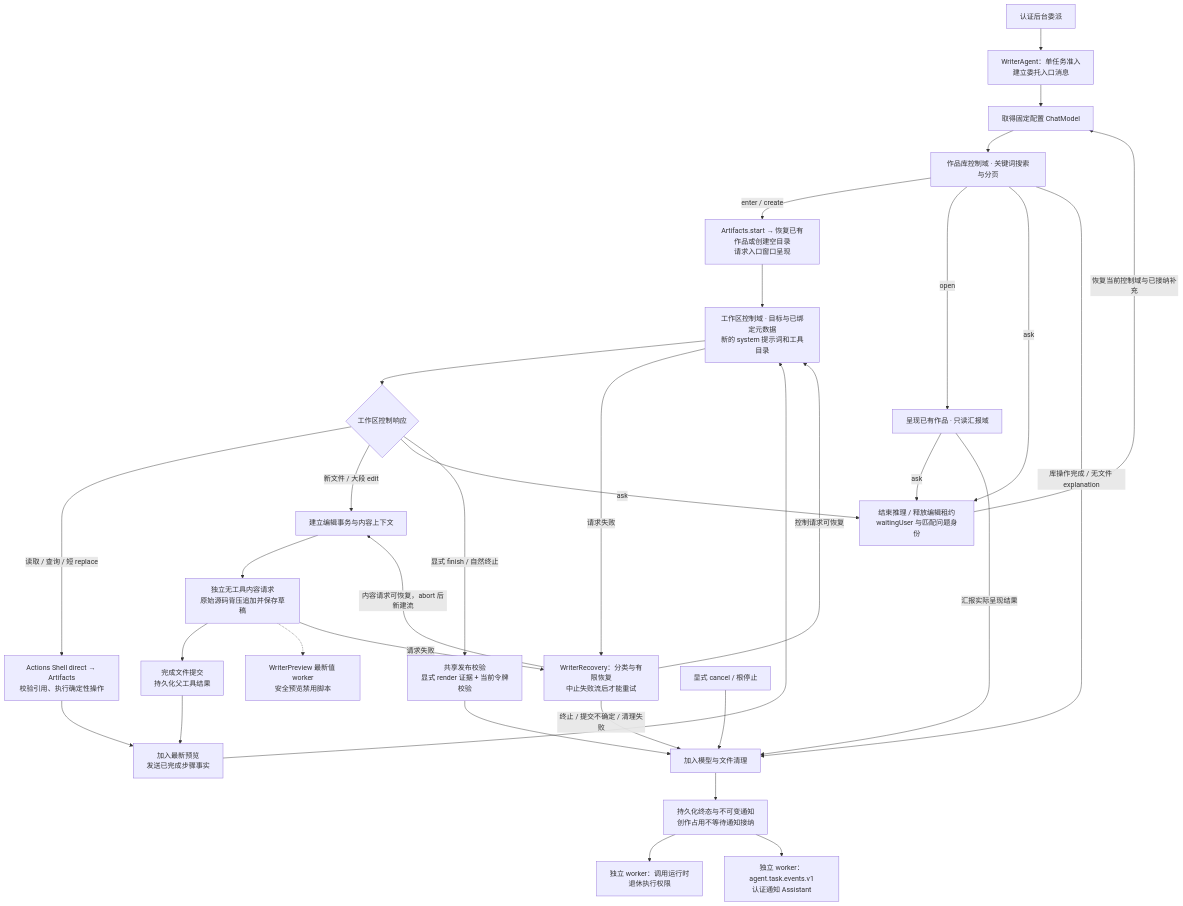
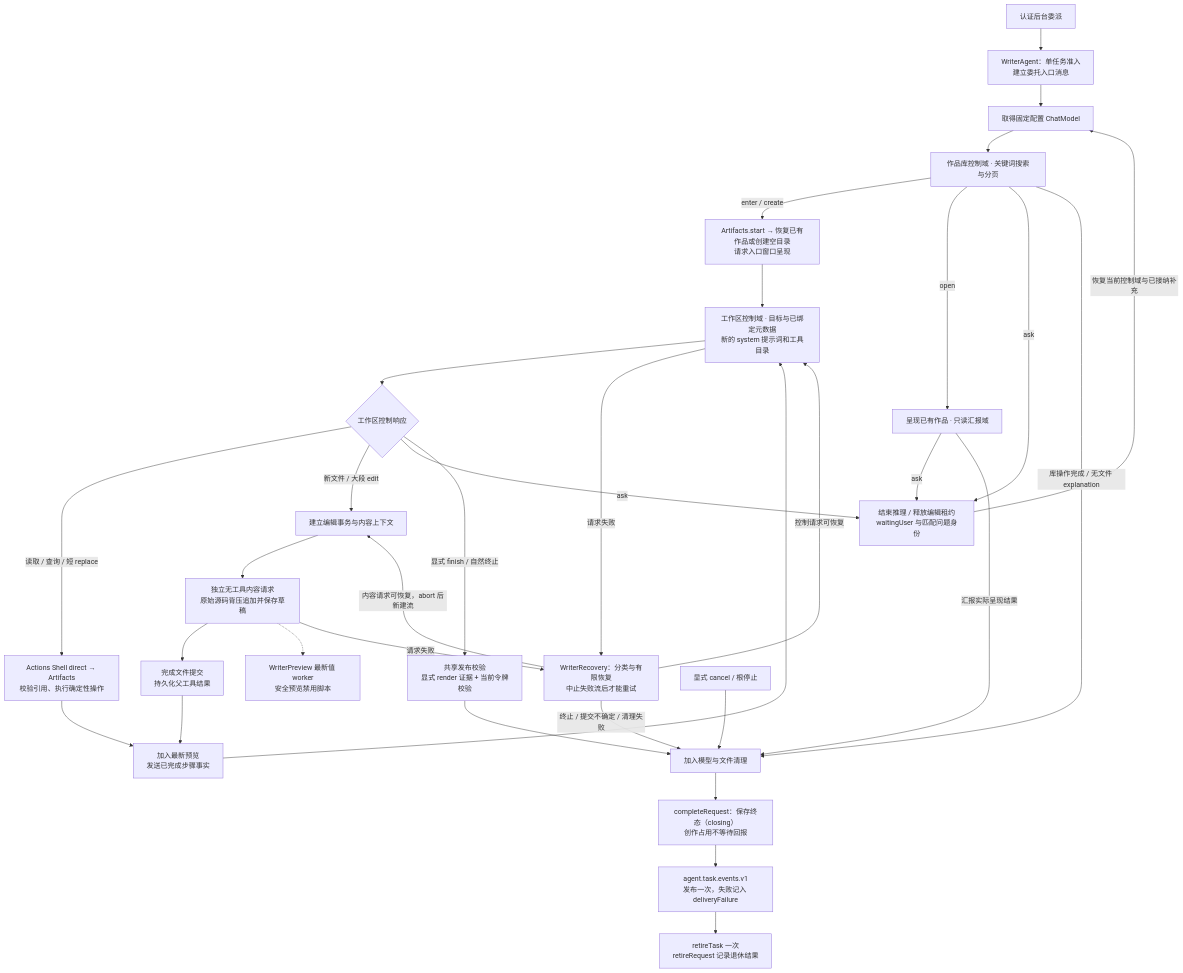
Before and after one commit to devilyouwei/MobileHarness: the diagram in MobileHarness/Agents/Writer/README.md, drawn with Mermaid. The commit also changed other lines of this file and 164 other files, not shown here.

````diff
--- a/MobileHarness/Agents/Writer/README.md
+++ b/MobileHarness/Agents/Writer/README.md
@@ -21,35 +21,35 @@
 ```mermaid
 flowchart TD
     Request["认证后台委派"] --> Admission["WriterAgent：单任务准入<br/>建立委托入口消息"]
     Admission --> Model["取得固定配置 ChatModel"]
     Model --> Library["作品库控制域 · 关键词搜索与分页"]
     Library -->|"enter / create"| Prepare["Artifacts.start → 恢复已有作品或创建空目录<br/>请求入口窗口呈现"]
     Library -->|"open"| View["呈现已有作品 · 只读汇报域"]
     Prepare --> Control["工作区控制域 · 目标与已绑定元数据<br/>新的 system 提示词和工具目录"]
     Control --> Route{"工作区控制响应"}
     Route -->|"读取 / 查询 / 短 replace"| Tools["Actions Shell direct → Artifacts<br/>校验引用、执行确定性操作"]
     Route -->|"新文件 / 大段 edit"| Begin["建立编辑事务与内容上下文"]
     Begin --> Content["独立无工具内容请求<br/>原始源码背压追加并保存草稿"]
     Content --> Commit["完成文件提交<br/>持久化父工具结果"]
     Content -.-> Preview["WriterPreview 最新值 worker<br/>安全预览禁用脚本"]
     Commit --> Step["加入最新预览<br/>发送已完成步骤事实"]
     Tools --> Step
     Step --> Control
     Library -->|"ask"| Wait
     View -->|"ask"| Wait
     Route -->|"ask"| Wait["结束推理 / 释放编辑租约<br/>waitingUser 与匹配问题身份"]
     Wait -->|"恢复当前控制域与已接纳补充"| Model
     Route -->|"显式 finish / 自然终止"| Publish["共享发布校验<br/>显式 render 证据 + 当前令牌校验"]
     Publish --> Cleanup["加入模型与文件清理"]
     Library -->|"库操作完成 / 无文件 explanation"| Cleanup
     View -->|"汇报实际呈现结果"| Cleanup
     Control -->|"请求失败"| Recovery["WriterRecovery：分类与有限恢复<br/>中止失败流后才能重试"]
     Content -->|"请求失败"| Recovery
     Recovery -->|"控制请求可恢复"| Control
     Recovery -->|"内容请求可恢复，abort 后新建流"| Begin
     Recovery -->|"终止 / 提交不确定 / 清理失败"| Cleanup
     Cancel["显式 cancel / 根停止"] --> Cleanup
-    Cleanup --> Terminal["持久化终态与不可变通知<br/>创作占用不等待通知接纳"]
-    Terminal --> Retirement["独立 worker：调用运行时<br/>退休执行权限"]
-    Terminal --> Notification["独立 worker：agent.task.events.v1<br/>认证通知 Assistant"]
+    Cleanup --> Terminal["completeRequest：保存终态（closing）<br/>创作占用不等待回报"]
+    Terminal --> Notification["agent.task.events.v1<br/>发布一次，失败记入 deliveryFailure"]
+    Notification --> Retirement["retireTask 一次<br/>retireRequest 记录退休结果"]
 ```
````
